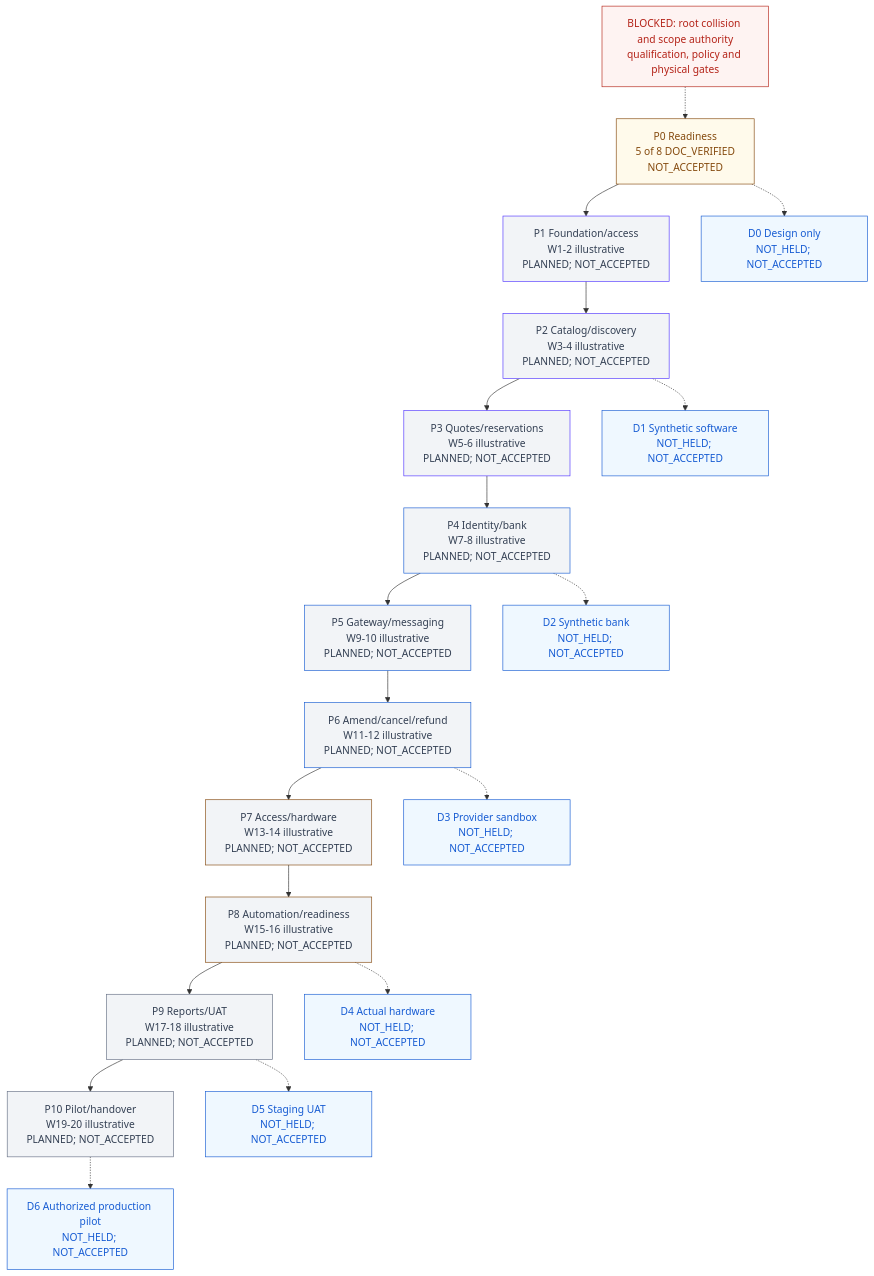
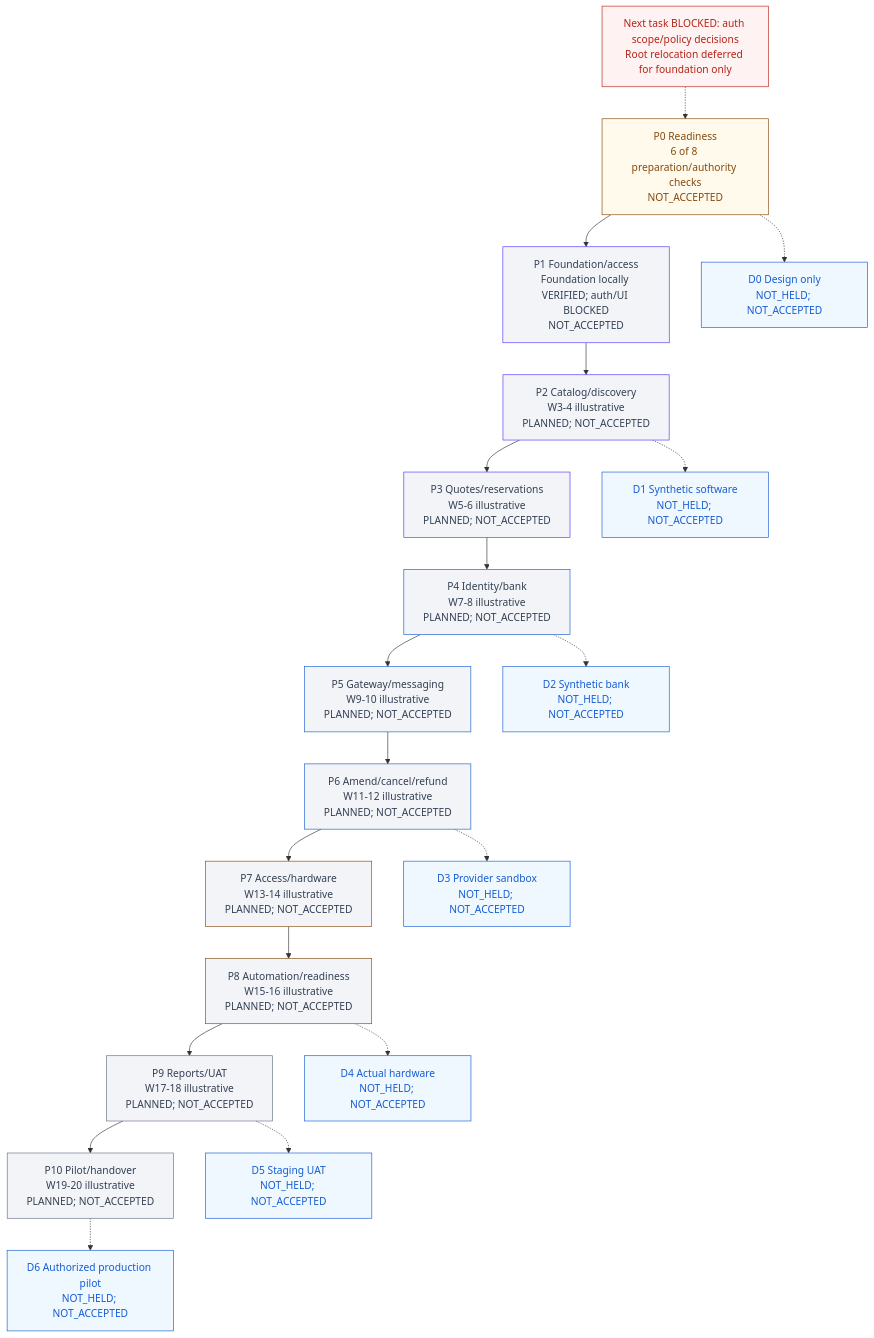
Before and after one commit to Hasitha3513/Theater-Project: the diagram in knowledge/PROGRESS.md, drawn with Mermaid. The commit also changed other lines of this file and 39 other files, not shown here.

````diff
--- a/knowledge/PROGRESS.md
+++ b/knowledge/PROGRESS.md
@@ -161,45 +182,45 @@
 ```mermaid
 flowchart TB
-  G["BLOCKED: root collision and scope authority<br/>qualification, policy and physical gates"]
-  P0["P0 Readiness<br/>5 of 8 DOC_VERIFIED<br/>NOT_ACCEPTED"]
-  P1["P1 Foundation/access<br/>W1-2 illustrative<br/>PLANNED; NOT_ACCEPTED"]
+  G["Next task BLOCKED: auth scope/policy decisions<br/>Root relocation deferred for foundation only"]
+  P0["P0 Readiness<br/>6 of 8 preparation/authority checks<br/>NOT_ACCEPTED"]
+  P1["P1 Foundation/access<br/>Foundation locally VERIFIED; auth/UI BLOCKED<br/>NOT_ACCEPTED"]
   P2["P2 Catalog/discovery<br/>W3-4 illustrative<br/>PLANNED; NOT_ACCEPTED"]
   P3["P3 Quotes/reservations<br/>W5-6 illustrative<br/>PLANNED; NOT_ACCEPTED"]
   P4["P4 Identity/bank<br/>W7-8 illustrative<br/>PLANNED; NOT_ACCEPTED"]
   P5["P5 Gateway/messaging<br/>W9-10 illustrative<br/>PLANNED; NOT_ACCEPTED"]
   P6["P6 Amend/cancel/refund<br/>W11-12 illustrative<br/>PLANNED; NOT_ACCEPTED"]
   P7["P7 Access/hardware<br/>W13-14 illustrative<br/>PLANNED; NOT_ACCEPTED"]
   P8["P8 Automation/readiness<br/>W15-16 illustrative<br/>PLANNED; NOT_ACCEPTED"]
   P9["P9 Reports/UAT<br/>W17-18 illustrative<br/>PLANNED; NOT_ACCEPTED"]
   P10["P10 Pilot/handover<br/>W19-20 illustrative<br/>PLANNED; NOT_ACCEPTED"]
   G -.-> P0
   P0 --> P1 --> P2 --> P3 --> P4 --> P5 --> P6 --> P7 --> P8 --> P9 --> P10
   D0["D0 Design only<br/>NOT_HELD; NOT_ACCEPTED"]
   D1["D1 Synthetic software<br/>NOT_HELD; NOT_ACCEPTED"]
   D2["D2 Synthetic bank<br/>NOT_HELD; NOT_ACCEPTED"]
   D3["D3 Provider sandbox<br/>NOT_HELD; NOT_ACCEPTED"]
   D4["D4 Actual hardware<br/>NOT_HELD; NOT_ACCEPTED"]
   D5["D5 Staging UAT<br/>NOT_HELD; NOT_ACCEPTED"]
   D6["D6 Authorized production pilot<br/>NOT_HELD; NOT_ACCEPTED"]
   P0 -.-> D0
   P2 -.-> D1
   P4 -.-> D2
   P6 -.-> D3
   P8 -.-> D4
   P9 -.-> D5
   P10 -.-> D6
   classDef readiness fill:#FFFAEB,color:#854A0E,stroke:#854A0E;
   classDef foundation fill:#F2F4F7,color:#344054,stroke:#5135FF;
   classDef financial fill:#F2F4F7,color:#344054,stroke:#175CD3;
   classDef physical fill:#F2F4F7,color:#344054,stroke:#854A0E;
   classDef release fill:#F2F4F7,color:#344054,stroke:#667085;
   classDef blocked fill:#FEF3F2,color:#B42318,stroke:#B42318;
   classDef demo fill:#EFF8FF,color:#175CD3,stroke:#175CD3;
   class P0 readiness;
   class P1,P2,P3 foundation;
   class P4,P5,P6 financial;
   class P7,P8 physical;
   class P9,P10 release;
   class G blocked;
   class D0,D1,D2,D3,D4,D5,D6 demo;
 ```
````
